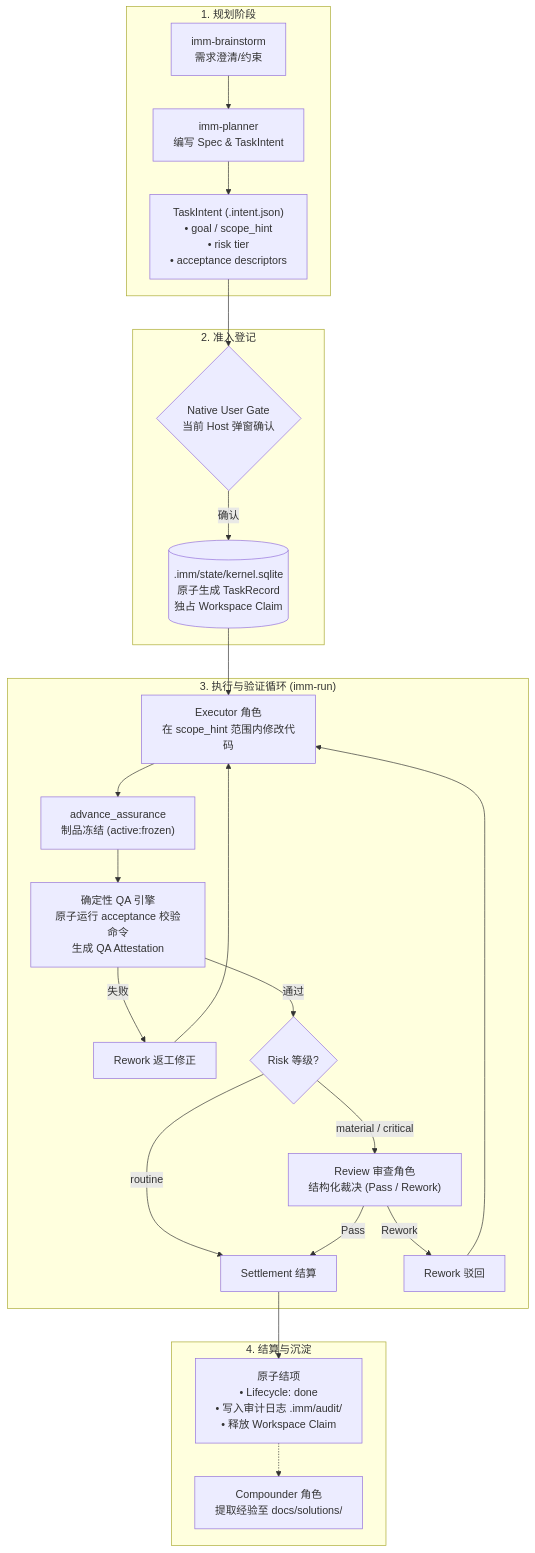
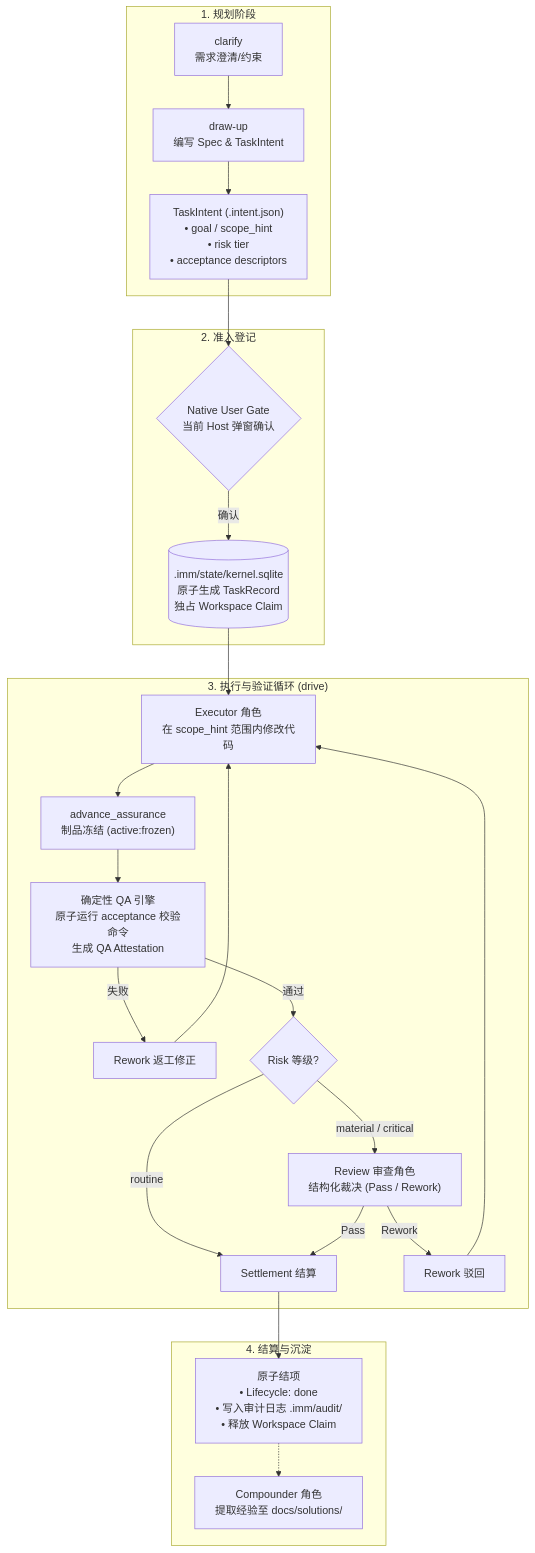
The first of 2 diagrams in README.zh-CN.md (dereknex/immune-brain), drawn with Mermaid before and after one commit. The commit also changed other lines of this file and 4 other files, not shown here.

````diff
--- a/README.zh-CN.md
+++ b/README.zh-CN.md
@@ -496,34 +496,34 @@
 ```mermaid
 flowchart TD
     subgraph Planning ["1. 规划阶段"]
-        B["imm-brainstorm<br/>需求澄清/约束"] --> P["imm-planner<br/>编写 Spec & TaskIntent"]
+        B["clarify<br/>需求澄清/约束"] --> P["draw-up<br/>编写 Spec & TaskIntent"]
         P --> TI["TaskIntent (.intent.json)<br/>• goal / scope_hint<br/>• risk tier<br/>• acceptance descriptors"]
     end
 
     subgraph Enrollment ["2. 准入登记"]
         TI --> EG{"Native User Gate<br/>当前 Host 弹窗确认"}
         EG -->|确认| KS[(".imm/state/kernel.sqlite<br/>原子生成 TaskRecord<br/>独占 Workspace Claim")]
     end
 
-    subgraph Loop ["3. 执行与验证循环 (imm-run)"]
+    subgraph Loop ["3. 执行与验证循环 (drive)"]
         KS --> EX["Executor 角色<br/>在 scope_hint 范围内修改代码"]
         EX --> FRZ["advance_assurance<br/>制品冻结 (active:frozen)"]
         FRZ --> QA["确定性 QA 引擎<br/>原子运行 acceptance 校验命令<br/>生成 QA Attestation"]
         
         QA -->|失败| RW1["Rework 返工修正"]
         RW1 --> EX
         
         QA -->|通过| RK{"Risk 等级?"}
         RK -->|routine| ST["Settlement 结算"]
         RK -->|material / critical| RV["Review 审查角色<br/>结构化裁决 (Pass / Rework)"]
         
         RV -->|Rework| RW2["Rework 驳回"]
         RW2 --> EX
         RV -->|Pass| ST
     end
 
     subgraph Settlement ["4. 结算与沉淀"]
         ST --> CLS["原子结项<br/>• Lifecycle: done<br/>• 写入审计日志 .imm/audit/<br/>• 释放 Workspace Claim"]
         CLS -.-> CP["Compounder 角色<br/>提取经验至 docs/solutions/"]
     end
 ```
````
